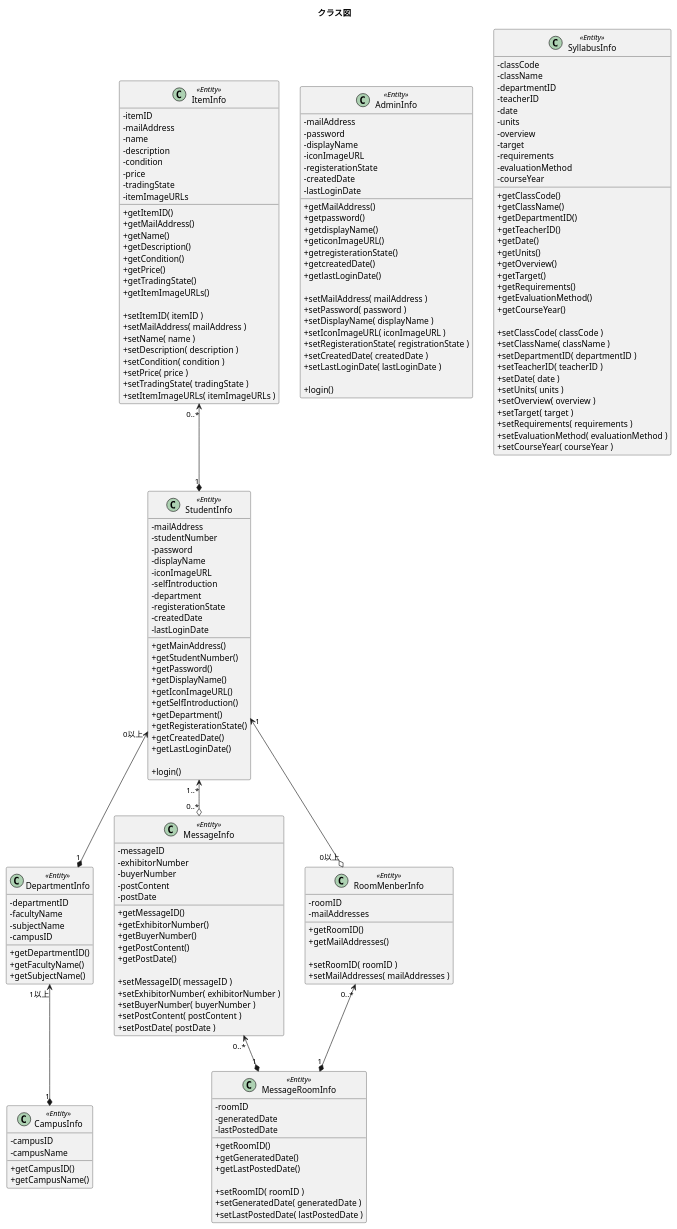
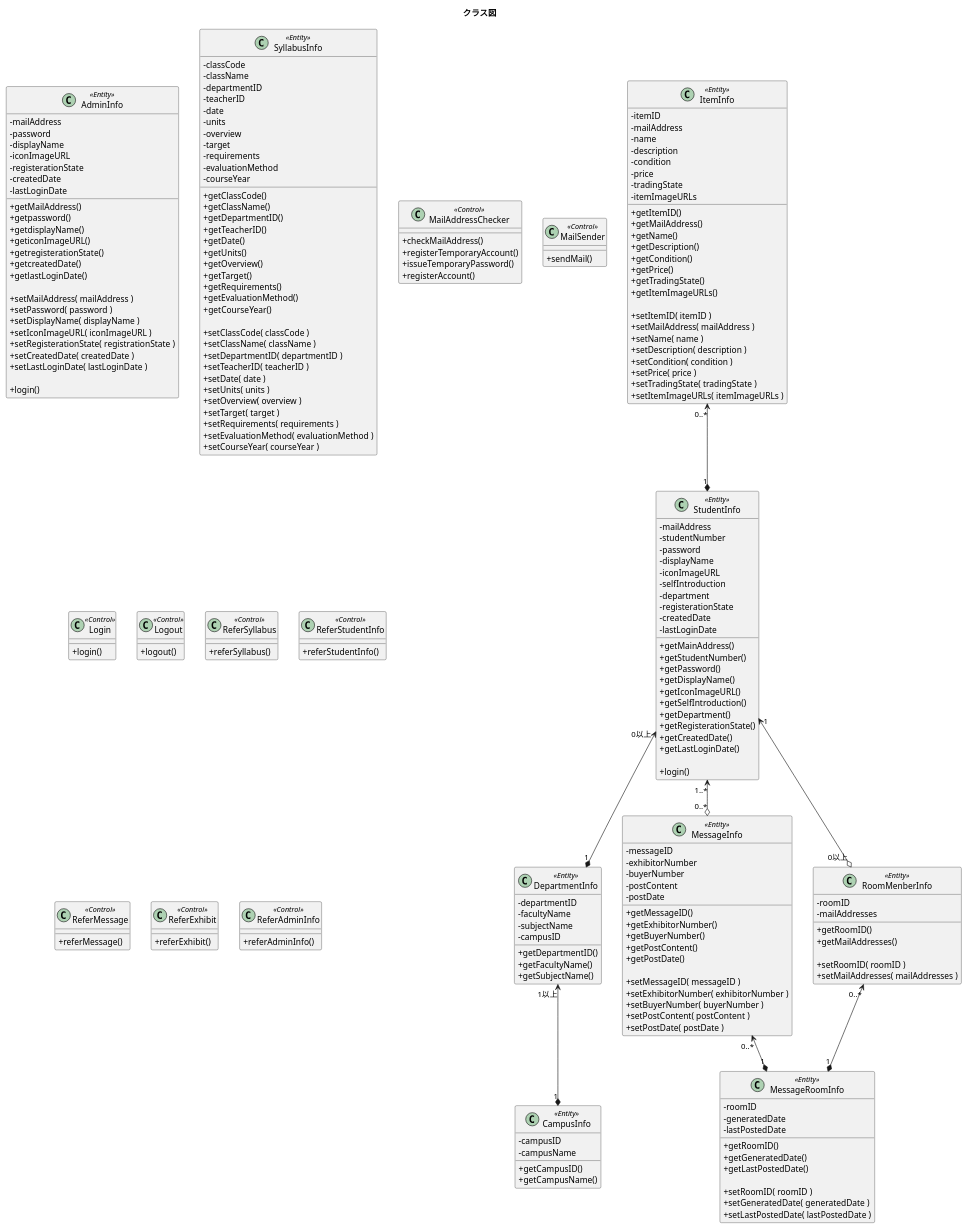
One commit to Gamu2059/ServerPrograming changed the diagram in ClassGraph.pu. Above: the diagram before and after it, drawn with PlantUML.

Commit message:
クラス図追加

```diff
--- a/ClassGraph.pu
+++ b/ClassGraph.pu
@@ -189,6 +189,49 @@
     +setMailAddresses( mailAddresses )
 }
 
+class MailAddressChecker<<Control>>{
+    +checkMailAddress()
+    +registerTemporaryAccount()
+    +issueTemporaryPassword()
+    +registerAccount()
+}
+
+class MailSender<<Control>>{
+    +sendMail()
+    'メールを送信する'
+}
+
+class Login<<Control>>{
+    +login()
+}
+
+class Logout<<Control>>{
+    +logout()
+}
+
+class ReferSyllabus<<Control>>{
+    +referSyllabus()
+}
+
+class ReferStudentInfo<<Control>>{
+    +referStudentInfo()
+}
+
+class ReferMessage<<Control>>{
+    +referMessage()
+}
+
+class ReferExhibit<<Control>>{
+    +referExhibit()
+}
+
+class ReferAdminInfo<<Control>>{
+    +referAdminInfo()
+}
+
+
+
+
 DepartmentInfo "1以上" <--* "1" CampusInfo
 StudentInfo "0以上" <--* "1" DepartmentInfo
 
```
